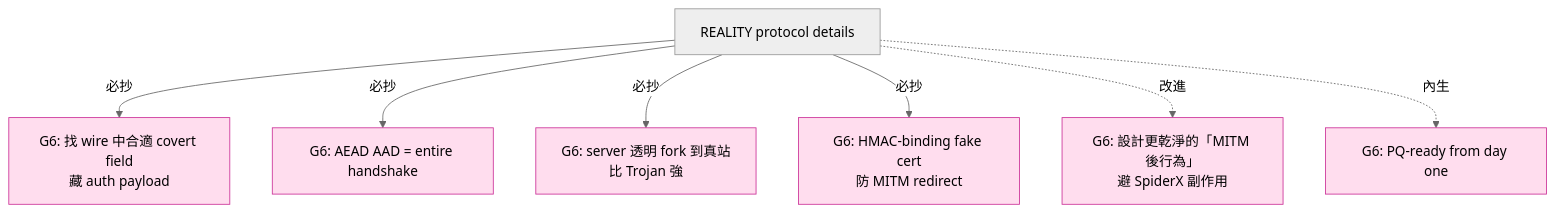
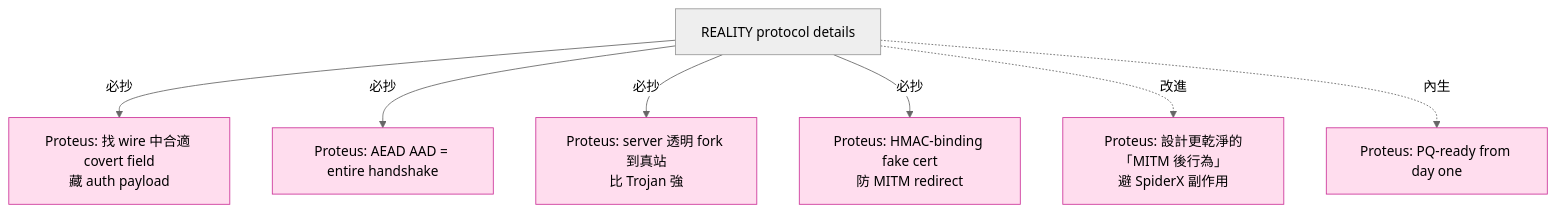
The diagram in lessons/part-7-proxy-protocols/7.11-reality-protocol.md (Icarus603/network-from-scratch), drawn with Mermaid (neutral theme) before and after one commit. The commit also changed other lines of this file and 300 other files, not shown here.

First line of the commit message:
Rename G6 → Proteus codename across the entire repo

````diff
--- a/lessons/part-7-proxy-protocols/7.11-reality-protocol.md
+++ b/lessons/part-7-proxy-protocols/7.11-reality-protocol.md
@@ -569,13 +569,13 @@
 ```mermaid
 flowchart TD
     REAL_PROTO[REALITY protocol details]
-    REAL_PROTO -- 必抄 --> G_FIELD[G6: 找 wire 中合適 covert field<br/>藏 auth payload]
-    REAL_PROTO -- 必抄 --> G_AAD[G6: AEAD AAD = entire handshake]
-    REAL_PROTO -- 必抄 --> G_FORK[G6: server 透明 fork 到真站<br/>比 Trojan 強]
-    REAL_PROTO -- 必抄 --> G_HMAC[G6: HMAC-binding fake cert<br/>防 MITM redirect]
-    REAL_PROTO -. 改進 .-> G_SPIDER[G6: 設計更乾淨的「MITM 後行為」<br/>避 SpiderX 副作用]
-    REAL_PROTO -. 內生 .-> G_PQ[G6: PQ-ready from day one]
+    REAL_PROTO -- 必抄 --> G_FIELD[Proteus: 找 wire 中合適 covert field<br/>藏 auth payload]
+    REAL_PROTO -- 必抄 --> G_AAD[Proteus: AEAD AAD = entire handshake]
+    REAL_PROTO -- 必抄 --> G_FORK[Proteus: server 透明 fork 到真站<br/>比 Trojan 強]
+    REAL_PROTO -- 必抄 --> G_HMAC[Proteus: HMAC-binding fake cert<br/>防 MITM redirect]
+    REAL_PROTO -. 改進 .-> G_SPIDER[Proteus: 設計更乾淨的「MITM 後行為」<br/>避 SpiderX 副作用]
+    REAL_PROTO -. 內生 .-> G_PQ[Proteus: PQ-ready from day one]
 
     classDef ours fill:#fde,stroke:#c39
     class G_FIELD,G_AAD,G_FORK,G_HMAC,G_SPIDER,G_PQ ours
 ```
````
